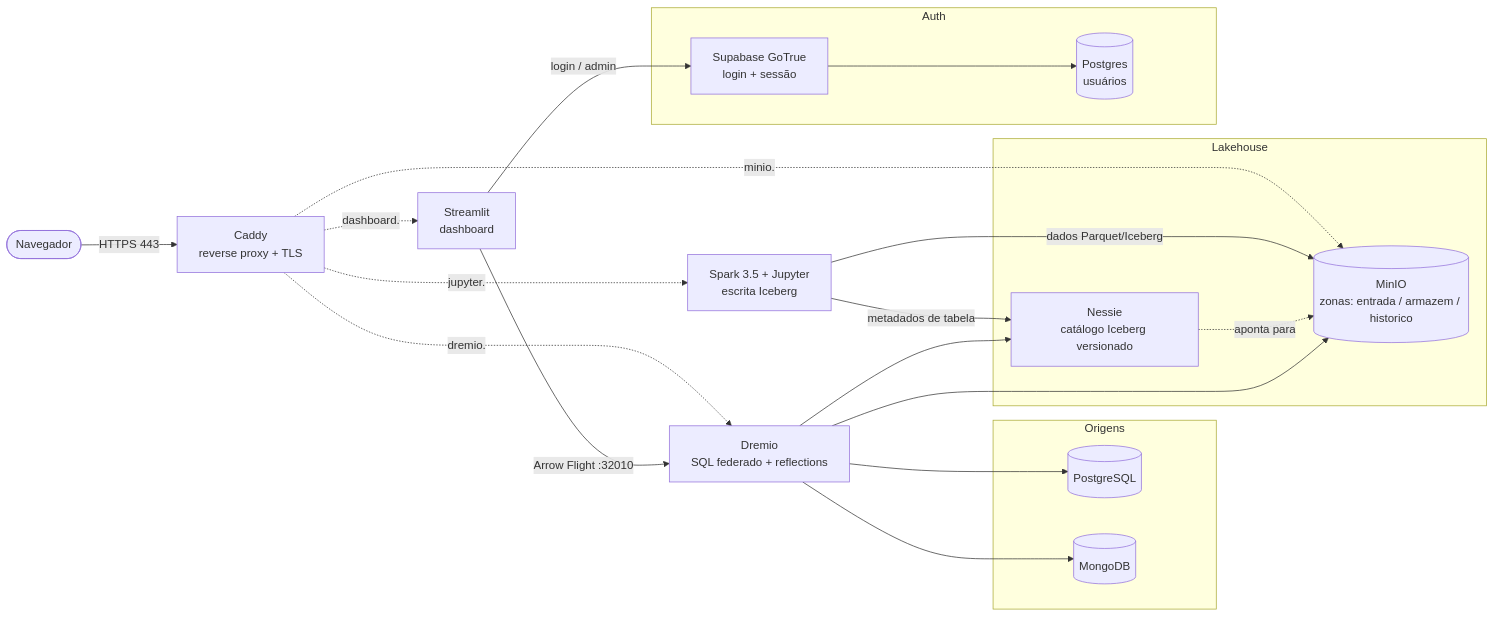
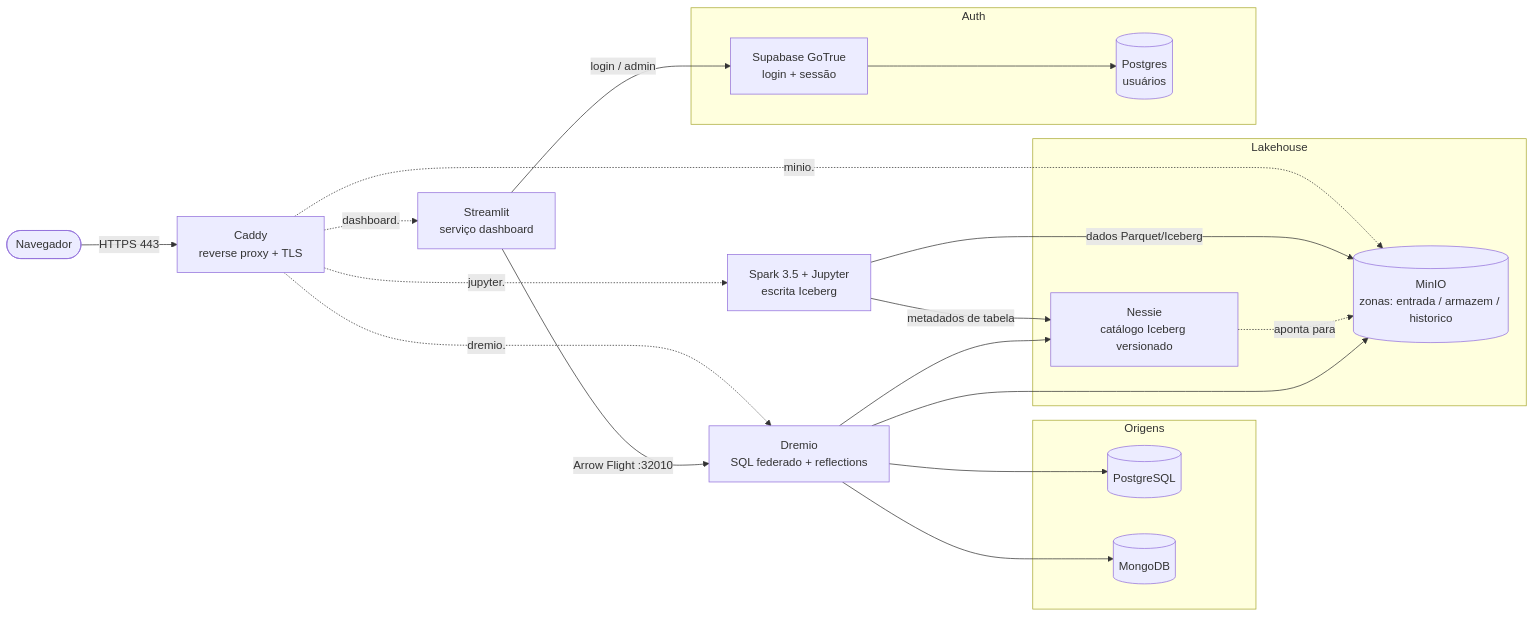
The diagram in readme.md (ramonabreu-data/lakehouse_v3), drawn with Mermaid before and after one commit. The commit also changed other lines of this file and 4 other files, not shown here.

````diff
--- a/readme.md
+++ b/readme.md
@@ -35,38 +35,38 @@
 ```mermaid
 flowchart LR
     subgraph Origens
         PG[(PostgreSQL)]
         MG[(MongoDB)]
     end
 
     subgraph Lakehouse
         MIO[(MinIO<br/>zonas: entrada / armazem / historico)]
         NES[Nessie<br/>catálogo Iceberg versionado]
     end
 
     SPK[Spark 3.5 + Jupyter<br/>escrita Iceberg]
     DRE[Dremio<br/>SQL federado + reflections]
-    STL[Streamlit<br/>dashboard]
+    STL[Streamlit<br/>serviço dashboard]
 
     subgraph Auth
         GT[Supabase GoTrue<br/>login + sessão]
         SDB[(Postgres<br/>usuários)]
     end
 
     USR([Navegador]) -->|HTTPS 443| CAD[Caddy<br/>reverse proxy + TLS]
     CAD -.->|dashboard.| STL
     CAD -.->|dremio.| DRE
     CAD -.->|minio.| MIO
     CAD -.->|jupyter.| SPK
 
     SPK -->|dados Parquet/Iceberg| MIO
     SPK -->|metadados de tabela| NES
     NES -.->|aponta para| MIO
     DRE --> NES
     DRE --> MIO
     DRE --> PG
     DRE --> MG
     STL -->|Arrow Flight :32010| DRE
     STL -->|login / admin| GT
     GT --> SDB
 ```
````
